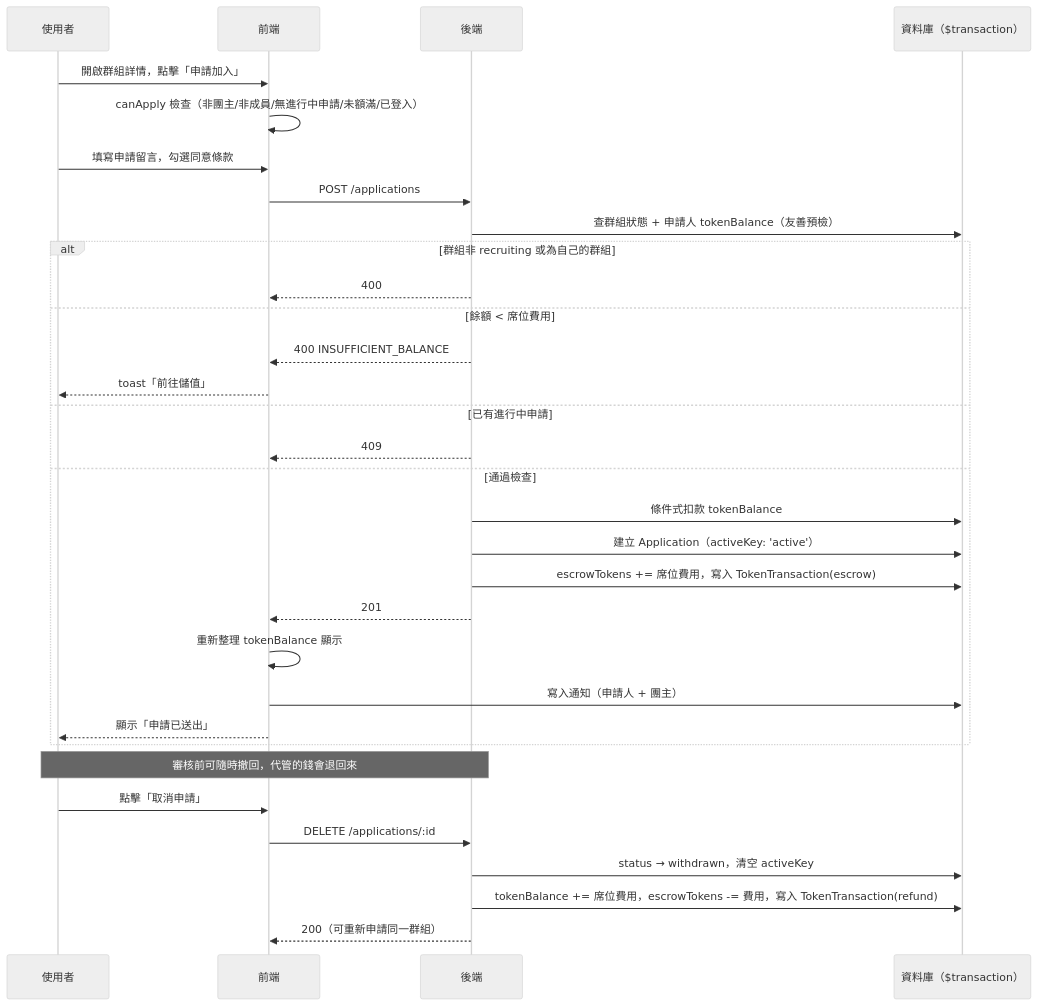
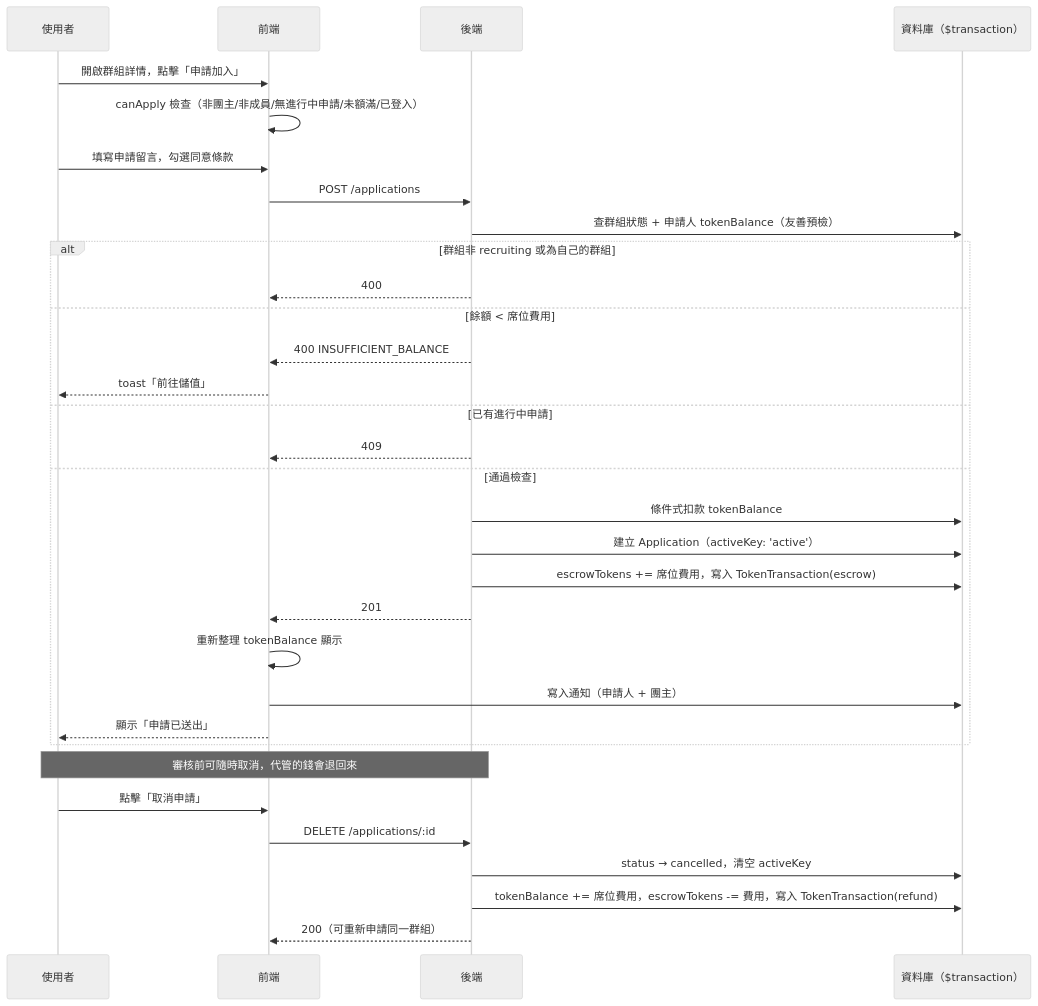
One commit to s1092055/PartyMatch changed the diagram in docs/flows/apply-join-flow.md. Above: the diagram before and after it, drawn with Mermaid (neutral theme). The commit also changed other lines of this file and 17 other files, not shown here.

First line of the commit message:
docs: 文件同步「撤回」→「取消」、withdrawn → cancelled 改名

````diff
--- a/docs/flows/apply-join-flow.md
+++ b/docs/flows/apply-join-flow.md
@@ -8,36 +8,36 @@
 ```mermaid
 sequenceDiagram
     participant U as 使用者
     participant FE as 前端
     participant BE as 後端
     participant DB as 資料庫（$transaction）
 
     U->>FE: 開啟群組詳情，點擊「申請加入」
     FE->>FE: canApply 檢查（非團主/非成員/無進行中申請/未額滿/已登入）
     U->>FE: 填寫申請留言，勾選同意條款
     FE->>BE: POST /applications
     BE->>DB: 查群組狀態 + 申請人 tokenBalance（友善預檢）
     alt 群組非 recruiting 或為自己的群組
         BE-->>FE: 400
     else 餘額 < 席位費用
         BE-->>FE: 400 INSUFFICIENT_BALANCE
         FE-->>U: toast「前往儲值」
     else 已有進行中申請
         BE-->>FE: 409
     else 通過檢查
         BE->>DB: 條件式扣款 tokenBalance
         BE->>DB: 建立 Application（activeKey: 'active'）
         BE->>DB: escrowTokens += 席位費用，寫入 TokenTransaction(escrow)
         BE-->>FE: 201
         FE->>FE: 重新整理 tokenBalance 顯示
         FE->>DB: 寫入通知（申請人 + 團主）
         FE-->>U: 顯示「申請已送出」
     end
 
-    Note over U,BE: 審核前可隨時撤回，代管的錢會退回來
+    Note over U,BE: 審核前可隨時取消，代管的錢會退回來
     U->>FE: 點擊「取消申請」
     FE->>BE: DELETE /applications/:id
-    BE->>DB: status → withdrawn，清空 activeKey
+    BE->>DB: status → cancelled，清空 activeKey
     BE->>DB: tokenBalance += 席位費用，escrowTokens -= 費用，寫入 TokenTransaction(refund)
     BE-->>FE: 200（可重新申請同一群組）
 ```
````
